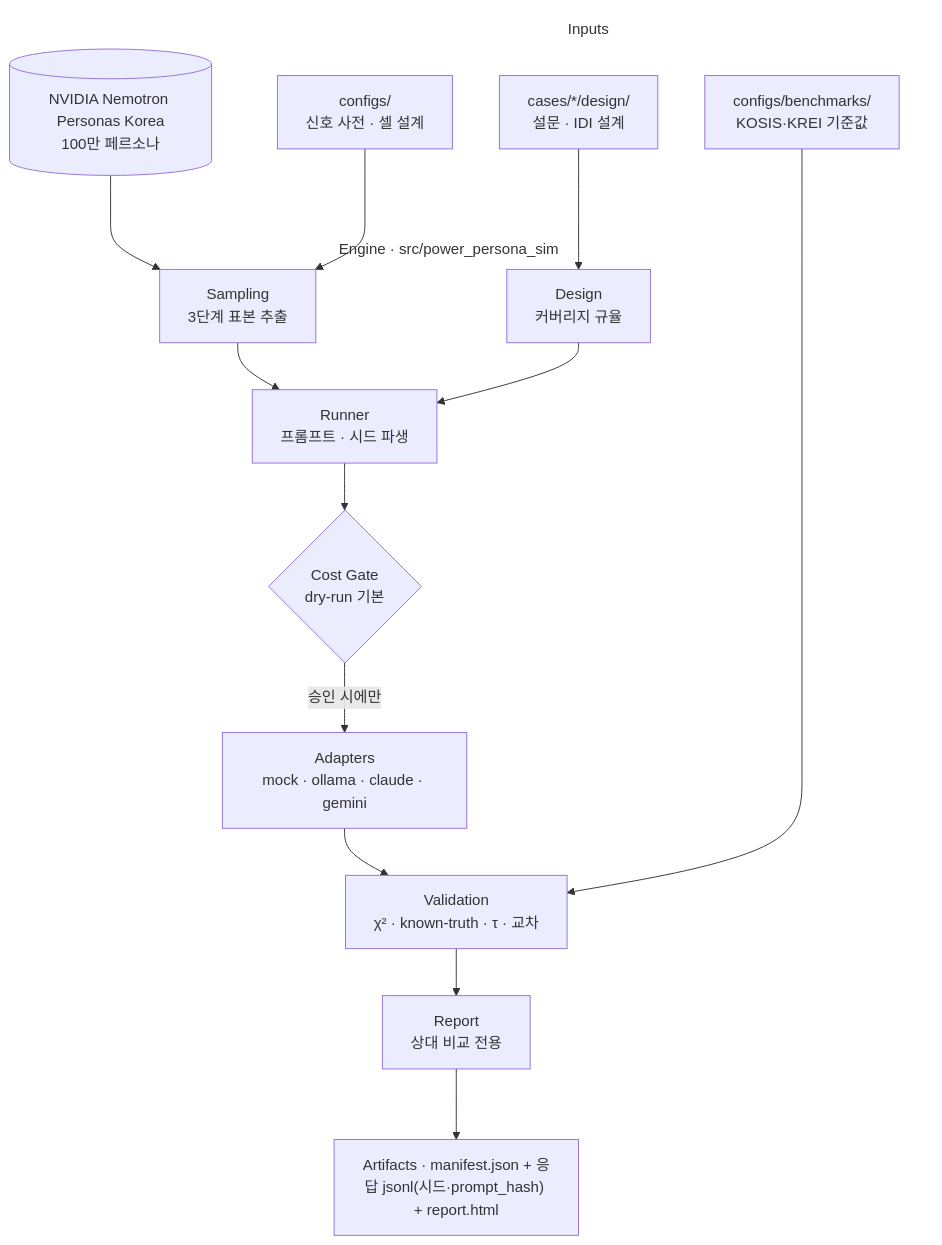
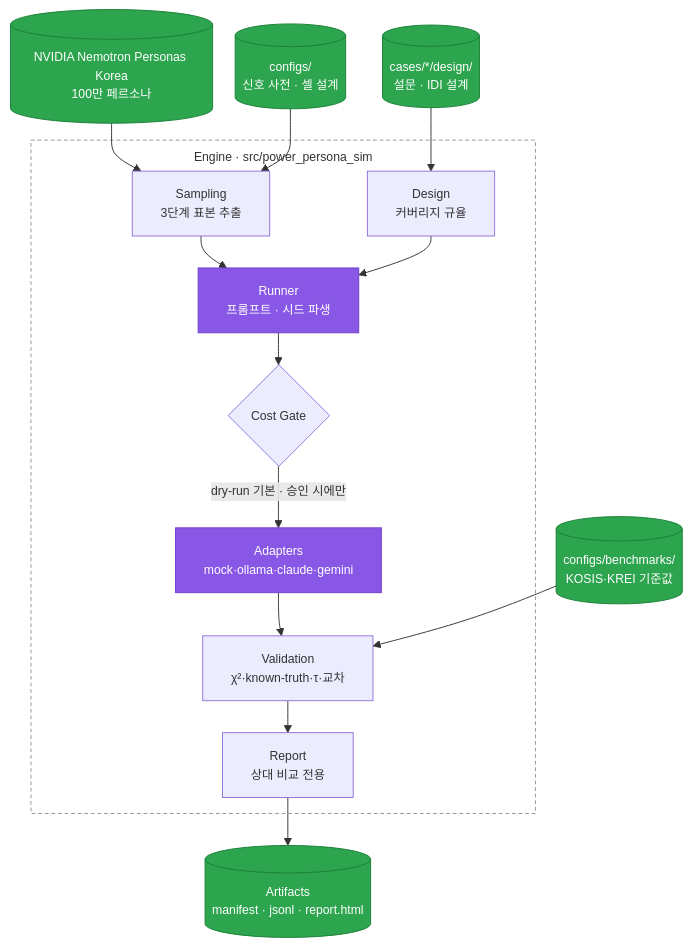
The diagram in README.md (Power-xc/power-persona-sim), drawn with Mermaid before and after one commit.

Commit message:
docs(readme): 아키텍처 그림에 역할별 색 적용

````diff
--- a/README.md
+++ b/README.md
@@ -25,40 +25,30 @@
 ```mermaid
-%%{init: {"flowchart": {"subGraphTitleMargin": {"top": 8, "bottom": 8}}}}%%
-
+%%{init: {"flowchart": {"subGraphTitleMargin": {"top": 8, "bottom": 8}, "rankSpacing": 34, "nodeSpacing": 24}, "themeVariables": {"fontSize": "13px"}}}%%
 flowchart TD
     DS[("NVIDIA Nemotron Personas Korea<br/>100만 페르소나")]
-
-    subgraph IN["Inputs"]
-        CFG["configs/<br/>신호 사전 · 셀 설계"]
-        SVY["cases/*/design/<br/>설문 · IDI 설계"]
-        BENCH["configs/benchmarks/<br/>KOSIS·KREI 기준값"]
-    end
-
+    CFG[("configs/<br/>신호 사전 · 셀 설계")]
+    SVY[("cases/*/design/<br/>설문 · IDI 설계")]
+    BENCH[("configs/benchmarks/<br/>KOSIS·KREI 기준값")]
     subgraph ENGINE["Engine · src/power_persona_sim"]
         SMP["Sampling<br/>3단계 표본 추출"]
         DSG["Design<br/>커버리지 규율"]
         RUN["Runner<br/>프롬프트 · 시드 파생"]
-        GATE{"Cost Gate<br/>dry-run 기본"}
-        ADP["Adapters<br/>mock · ollama · claude · gemini"]
-        VAL["Validation<br/>χ² · known-truth · τ · 교차"]
+        GATE{"Cost Gate"}
+        ADP["Adapters<br/>mock·ollama·claude·gemini"]
+        VAL["Validation<br/>χ²·known-truth·τ·교차"]
         RPT["Report<br/>상대 비교 전용"]
-
-        SMP --> RUN
-        DSG --> RUN
-        RUN --> GATE
-        GATE -->|"승인 시에만"| ADP
-        ADP --> VAL
-        VAL --> RPT
+        SMP & DSG --> RUN --> GATE
+        GATE -->|"dry-run 기본 · 승인 시에만"| ADP --> VAL --> RPT
     end
-
-    OUT["Artifacts · manifest.json + 응답 jsonl(시드·prompt_hash) + report.html"]
-
-    DS --> SMP
-    CFG --> SMP
+    OUT[("Artifacts<br/>manifest · jsonl · report.html")]
+    RPT --> OUT
+    DS & CFG --> SMP
     SVY --> DSG
     BENCH --> VAL
-    RPT --> OUT
 
-    style IN fill:transparent,stroke:transparent
-    style ENGINE fill:transparent,stroke:transparent
+    classDef ai fill:#8957e5,stroke:#6e40c9,color:#fff
+    classDef store fill:#2da44e,stroke:#1a7f37,color:#fff
+    class RUN,ADP ai
+    class DS,CFG,SVY,BENCH,OUT store
+    style ENGINE fill:transparent,stroke:#8c959f,stroke-dasharray:4 3
 ```
````
